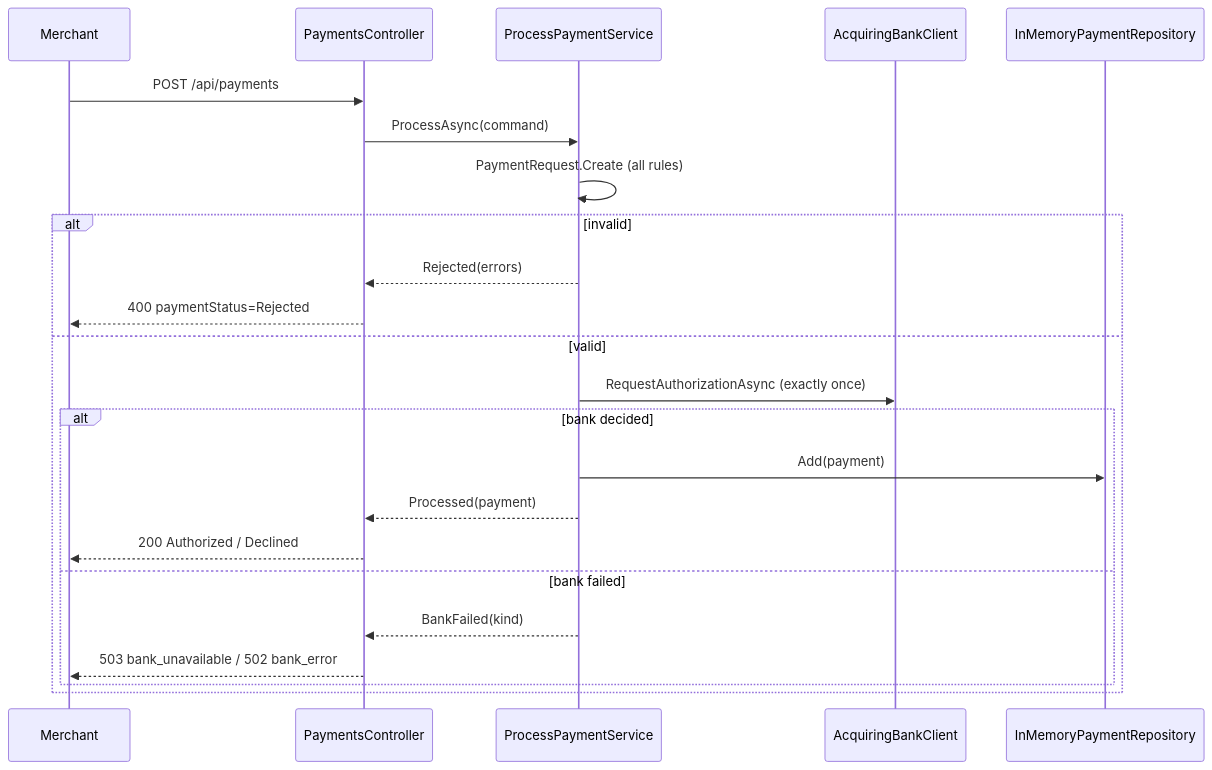
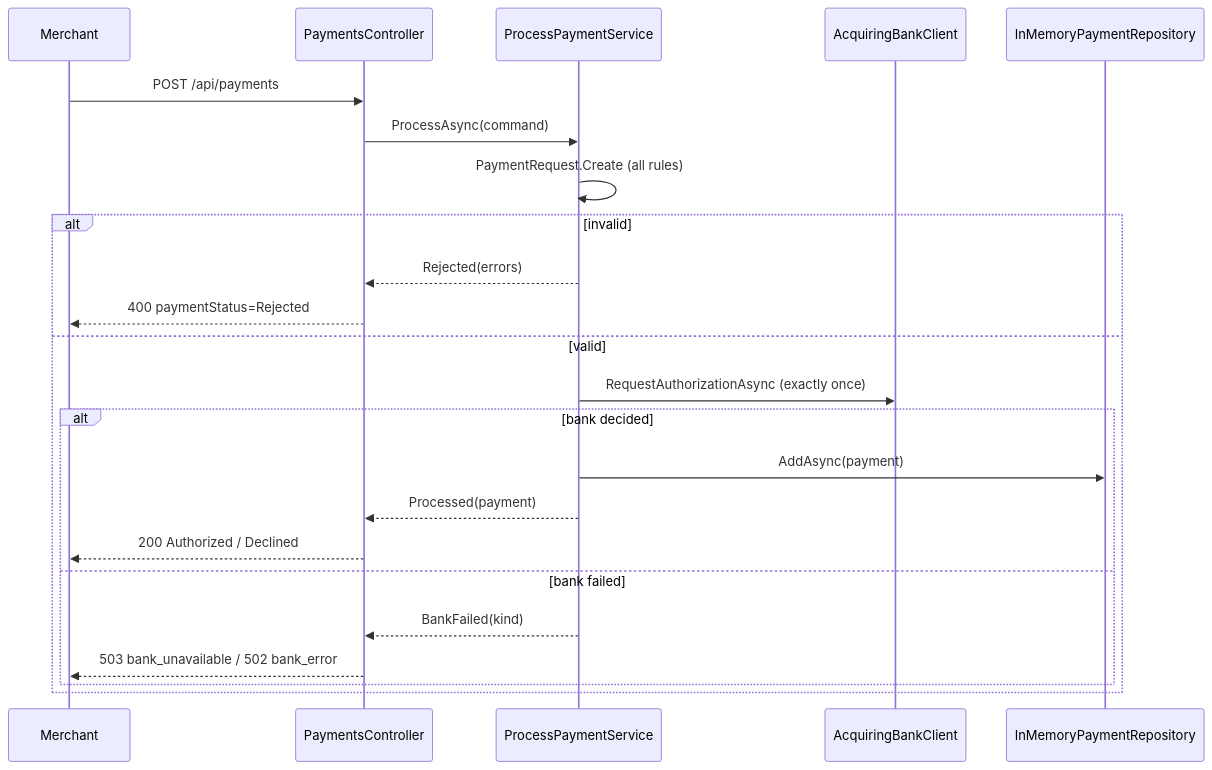
The second of 3 diagrams in README.md (laisferdan/payment-gateway-challenge-dotnet), drawn with Mermaid before and after one commit. The commit also changed other lines of this file and 103 other files, not shown here.

````diff
--- a/README.md
+++ b/README.md
@@ -122,25 +125,25 @@
 ```mermaid
 sequenceDiagram
     participant M as Merchant
     participant C as PaymentsController
     participant S as ProcessPaymentService
     participant B as AcquiringBankClient
     participant R as InMemoryPaymentRepository
     M->>C: POST /api/payments
     C->>S: ProcessAsync(command)
     S->>S: PaymentRequest.Create (all rules)
     alt invalid
         S-->>C: Rejected(errors)
         C-->>M: 400 paymentStatus=Rejected
     else valid
         S->>B: RequestAuthorizationAsync (exactly once)
         alt bank decided
-            S->>R: Add(payment)
+            S->>R: AddAsync(payment)
             S-->>C: Processed(payment)
             C-->>M: 200 Authorized / Declined
         else bank failed
             S-->>C: BankFailed(kind)
             C-->>M: 503 bank_unavailable / 502 bank_error
         end
     end
 ```
````
